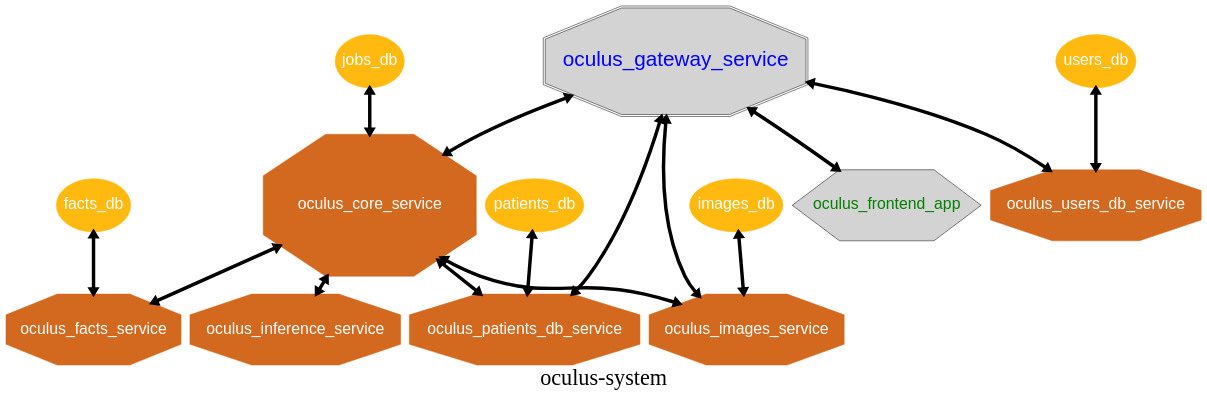
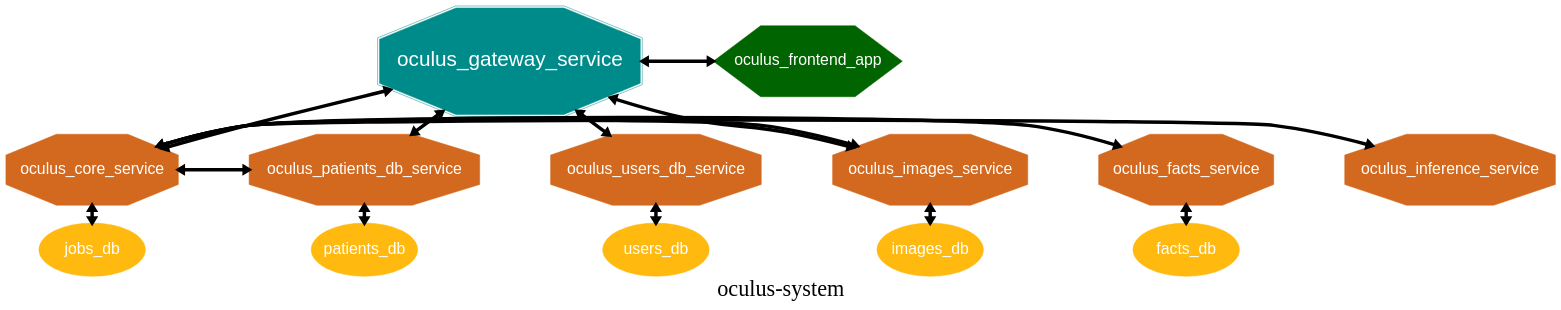
The diagram in oculus-system.gv (OCULUS-project/oculus-system-map), drawn with Graphviz before and after one commit. The commit also changed 1 other file, not shown here.

```diff
--- a/oculus-system.gv
+++ b/oculus-system.gv
@@ -1,60 +1,66 @@
 digraph oculus {
     
     label="oculus-system" 
     
     graph [fontsize=45]
-    node [fontname=Arial]
+    node [fontname=Arial fontcolor=white]
     edge [dir=both penwidth=7] 
+    nodesep=2
 
     subgraph gateway {
-        node [fontcolor=blue fontsize=42 shape=doubleoctagon style=filled height=3]
+        node [fontsize=42 shape=doubleoctagon style=filled color=cyan4 height=3]
 
-        oculus_gateway_service
+        {rank=source; oculus_gateway_service}
     }
     
     subgraph services {
-        node [fontcolor=white fontsize=32 shape=octagon style=filled color=chocolate height=2]
-        
-        oculus_core_service [height=4 width=6]
-        oculus_facts_service
-        oculus_images_service
-        oculus_patients_db_service
-        oculus_users_db_service
-        oculus_inference_service
+        node [padding=5 fontsize=32 shape=octagon style=filled color=chocolate height=2]
+               
+        { rank=same; 
+            oculus_core_service 
+            oculus_facts_service
+            oculus_images_service
+            oculus_patients_db_service
+            oculus_users_db_service
+            oculus_inference_service
+        }
 
         oculus_core_service -> oculus_images_service
         oculus_core_service -> oculus_patients_db_service
         oculus_core_service -> oculus_inference_service
         oculus_core_service -> oculus_facts_service
-
+        
     }
 
     subgraph databases {
-        node [fontcolor=white fontsize=32 shape=ellipse style=filled color=darkgoldenrod1 height=1.5]
+        node [fontsize=32 shape=ellipse width=3 style=filled color=darkgoldenrod1 height=1.5]
         
-        jobs_db
-        facts_db
-        images_db
-        patients_db
-        users_db
+        { rank=sink;
+           jobs_db
+           facts_db
+           images_db
+           patients_db
+           users_db
+        }
     }
 
     subgraph frontend {
-        node [fontcolor=green fontsize=32 shape=hexagon style=filled height=2]
+        node [fontsize=32 shape=hexagon style=filled color=darkgreen height=2]
 
         oculus_frontend_app    
+        { rank=source; oculus_frontend_app }
     }
 
     oculus_gateway_service -> oculus_frontend_app
     oculus_gateway_service -> oculus_core_service
     oculus_gateway_service -> oculus_images_service
     oculus_gateway_service -> oculus_patients_db_service
     oculus_gateway_service -> oculus_users_db_service
     
     jobs_db -> oculus_core_service
     facts_db -> oculus_facts_service
     images_db -> oculus_images_service
     patients_db -> oculus_patients_db_service
     users_db -> oculus_users_db_service
 
 }
```
